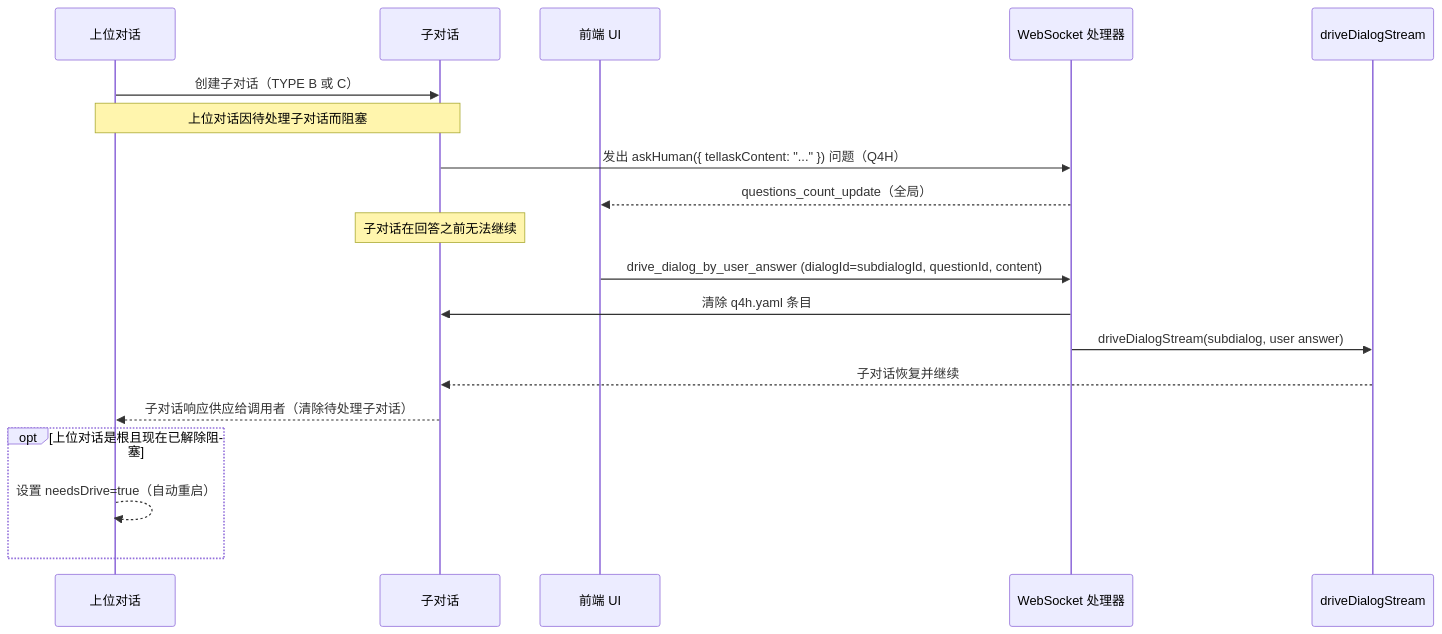
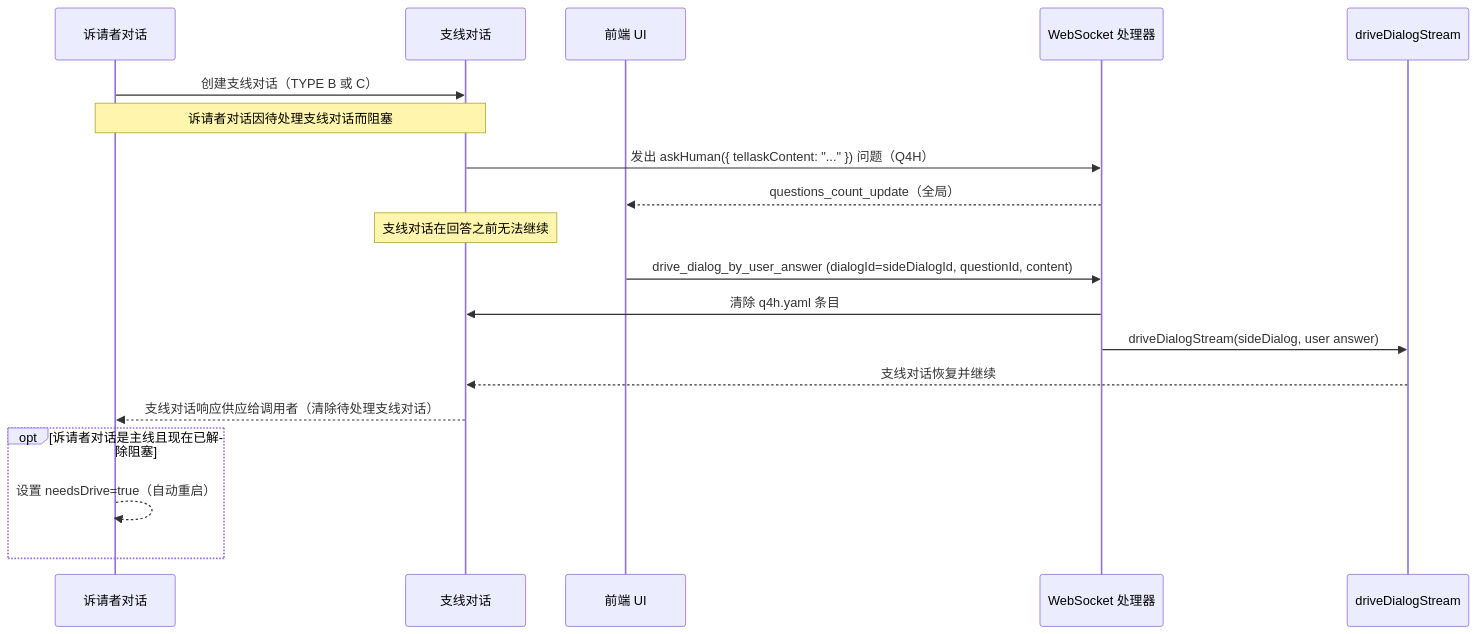
Diagram 15 of 19 in docs/dialog-system.zh.md (longrun-ai/dominds), drawn with Mermaid before and after one commit. The commit also changed other lines of this file and 195 other files, not shown here.

````diff
--- a/docs/dialog-system.zh.md
+++ b/docs/dialog-system.zh.md
@@ -1317,25 +1317,25 @@
 ```mermaid
 sequenceDiagram
-  participant Sup as 上位对话
-  participant Sub as 子对话
+  participant Asker as 诉请者对话
+  participant Side as 支线对话
   participant UI as 前端 UI
   participant WS as WebSocket 处理器
   participant Driver as driveDialogStream
 
-  Sup->>Sub: 创建子对话（TYPE B 或 C）
-  Note over Sup,Sub: 上位对话因待处理子对话而阻塞
-  Sub->>WS: 发出 askHuman({ tellaskContent: "..." }) 问题（Q4H）
+  Asker->>Side: 创建支线对话（TYPE B 或 C）
+  Note over Asker,Side: 诉请者对话因待处理支线对话而阻塞
+  Side->>WS: 发出 askHuman({ tellaskContent: "..." }) 问题（Q4H）
   WS-->>UI: questions_count_update（全局）
 
-  Note over Sub: 子对话在回答之前无法继续
+  Note over Side: 支线对话在回答之前无法继续
 
-  UI->>WS: drive_dialog_by_user_answer (dialogId=subdialogId, questionId, content)
-  WS->>Sub: 清除 q4h.yaml 条目
-  WS->>Driver: driveDialogStream(subdialog, user answer)
-  Driver-->>Sub: 子对话恢复并继续
-  Sub-->>Sup: 子对话响应供应给调用者（清除待处理子对话）
+  UI->>WS: drive_dialog_by_user_answer (dialogId=sideDialogId, questionId, content)
+  WS->>Side: 清除 q4h.yaml 条目
+  WS->>Driver: driveDialogStream(sideDialog, user answer)
+  Driver-->>Side: 支线对话恢复并继续
+  Side-->>Asker: 支线对话响应供应给调用者（清除待处理支线对话）
 
-  opt 上位对话是根且现在已解除阻塞
-    Sup-->>Sup: 设置 needsDrive=true（自动重启）
+  opt 诉请者对话是主线且现在已解除阻塞
+    Asker-->>Asker: 设置 needsDrive=true（自动重启）
   end
 ```
````
